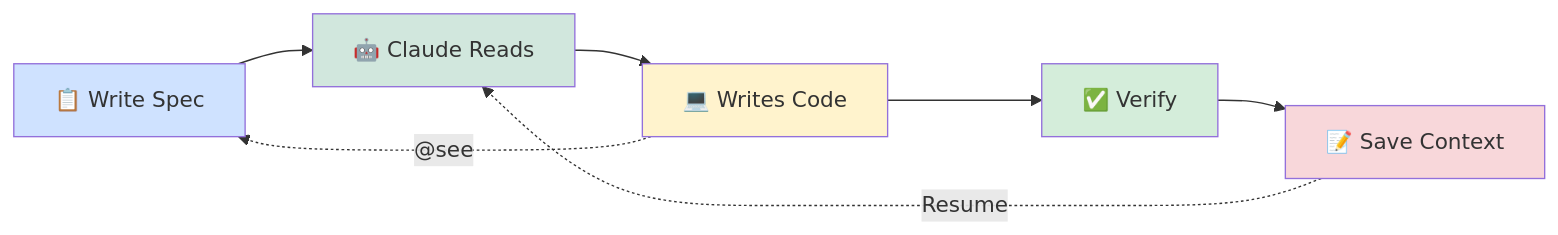
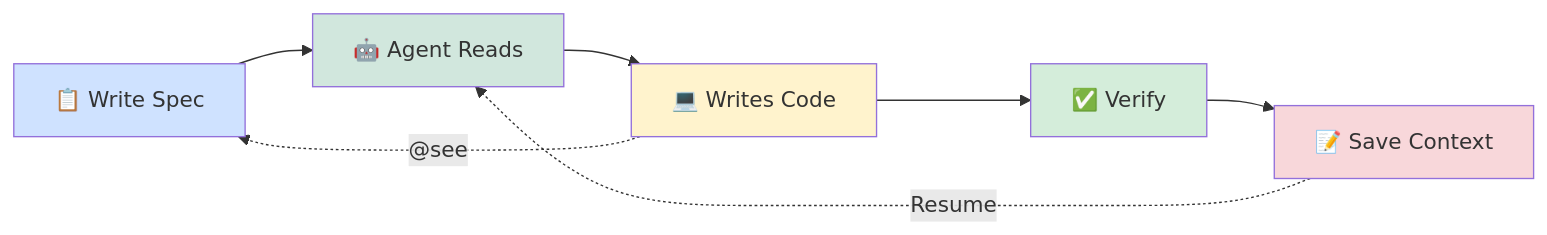
One commit to AgenticFlowX/afx changed the first of 12 diagrams in README.md. Above: the diagram before and after it, drawn with Mermaid. The commit also changed other lines of this file and 24 other files, not shown here.

````diff
--- a/README.md
+++ b/README.md
@@ -11,16 +11,16 @@
 ```mermaid
 graph LR
-    A[📋 Write Spec] --> B[🤖 Claude Reads]
+    A[📋 Write Spec] --> B[🤖 Agent Reads]
     B --> C[💻 Writes Code]
     C --> D[✅ Verify]
     D --> E[📝 Save Context]
 
     E -.Resume.-> B
     C -.@see.-> A
 
     style A fill:#cfe2ff
     style B fill:#d1e7dd
     style C fill:#fff3cd
     style D fill:#d4edda
     style E fill:#f8d7da
 ```
````
